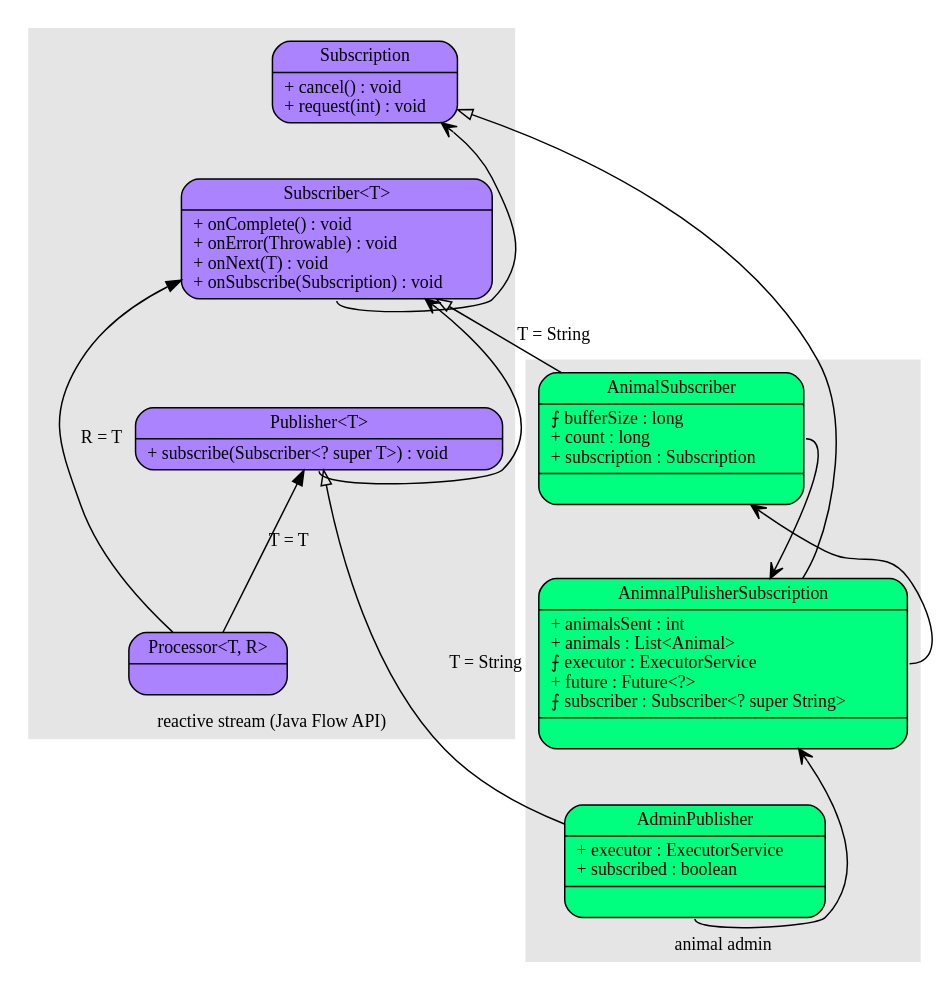
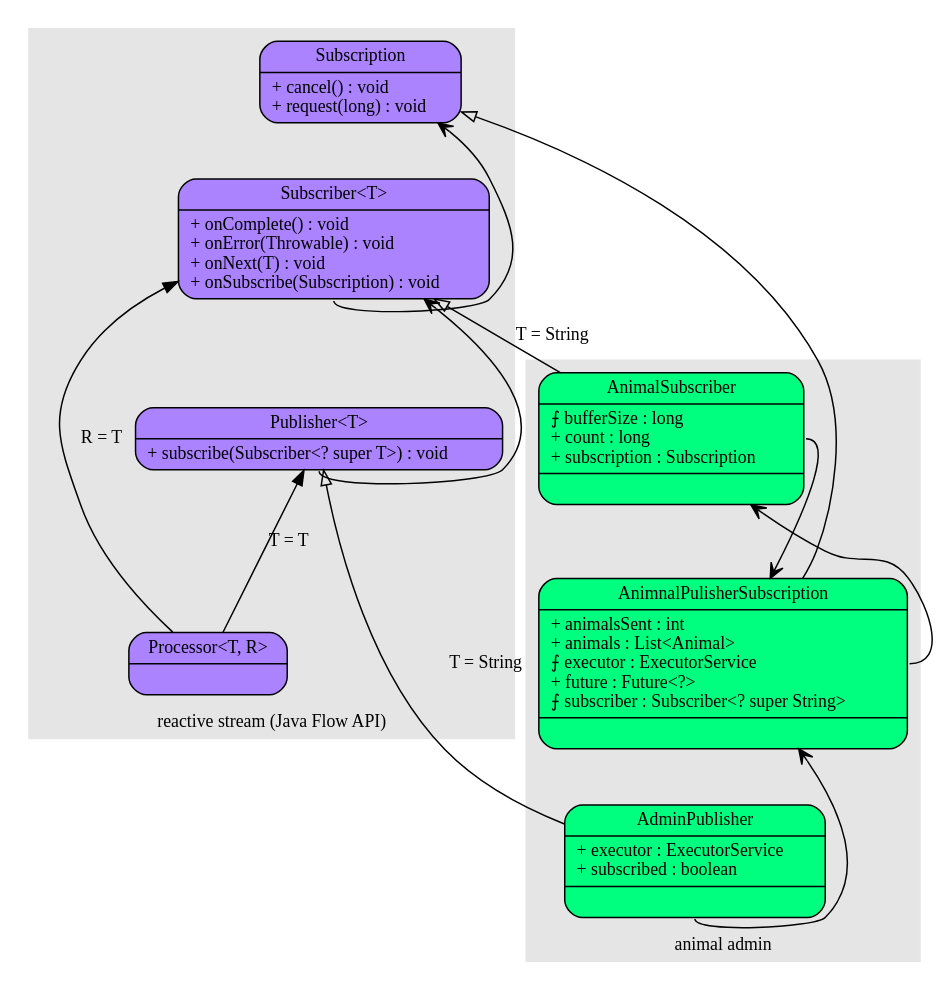
Before and after one commit to chris0103/spider-net: the diagram in reactive/flowapi.dot, drawn with Graphviz. The commit also changed 1 other file, not shown here.

```diff
--- a/reactive/flowapi.dot
+++ b/reactive/flowapi.dot
@@ -1,64 +1,64 @@
 digraph reactive {
 	rankdir = BT;
     fontname = "Verdana";
     fontsize = 12;
     node [fontname = "Verdana", fontsize = 12, shape = "record"];
     edge [fontname = "Verdana", fontsize = 12];
     
 	subgraph cluster25 {
 		label = "animal admin";
 		style = filled;
 		color = grey90;
 		AdminPublisher [label = "{<f0>AdminPublisher|<f1>+ executor : ExecutorService\l+ subscribed : boolean\l|<f2>}", style = "rounded, filled", fillcolor = "springgreen"];
 		AnimnalPulisherSubscription [label = "{<f0>AnimnalPulisherSubscription|<f1>+ animalsSent : int\l+ animals : List&lt;Animal&gt;\l&#10765; executor : ExecutorService\l+ future : Future&lt;?&gt;\l&#10765; subscriber : Subscriber&lt;? super String&gt;\l|<f2>}", style = "rounded, filled", fillcolor = "springgreen"];
 		AnimalSubscriber [label = "{<f0>AnimalSubscriber|<f1>&#10765; bufferSize : long\l+ count : long\l+ subscription : Subscription\l|<f2>}", style = "rounded, filled", fillcolor = "springgreen"];
 	}
 	
 	subgraph cluster50 {
 		label = "reactive stream (Java Flow API)";
 		style = filled;
 		color = grey90;
 		Processor [label = "{<f0>Processor&lt;T, R&gt;|}", style = "rounded, filled", fillcolor = "mediumpurple1"];
 		Publisher [label = "{<f0>Publisher&lt;T&gt;|<f2>+ subscribe(Subscriber&lt;? super T&gt;) : void\l}", style = "rounded, filled", fillcolor = "mediumpurple1"];
 		Subscriber [label = "{<f0>Subscriber&lt;T&gt;|<f2>+ onComplete() : void\l+ onError(Throwable) : void\l+ onNext(T) : void\l+ onSubscribe(Subscription) : void\l}", style = "rounded, filled", fillcolor = "mediumpurple1"];
-		Subscription [label = "{<f0>Subscription|<f2>+ cancel() : void\l+ request(int) : void\l}", style = "rounded, filled", fillcolor = "mediumpurple1"];
+		Subscription [label = "{<f0>Subscription|<f2>+ cancel() : void\l+ request(long) : void\l}", style = "rounded, filled", fillcolor = "mediumpurple1"];
 	}
 	
 	subgraph cluster75 {
 		label = "";
 		style = filled;
 		color = grey90;
 	}
 	
 	/*
 	subgraph cluster00 {
 		label = "";
 		style = filled;
 		color = grey90;
 	}
 	
 	// item_name [label = "item_lable", style = "filled", fillcolor = "palegreen"];
 	// record_name [shape = "record", label = "{{<f0>interface|{<f10>(other implementers)}}|(other methods)}"];
 	// interface_minor [shape = "plaintext", label = "Interface_minor"];
 	// interface [label = "{<f0>Interface|<f2>+ method() : return_type\l}", style = "rounded, filled", fillcolor = "mediumpurple1"];
 	// abstract_class [label = "{<f0>Abstract_Class|<f1>+ field1 : type\l+ field2 : type\l|<f2>&#170; abstract_method() : return_type\l&#537; static_method() : return_type\l+ method() : return_type\l}", style = "rounded, filled, dashed", fillcolor = "springgreen"];
 	// class [label = "{<f0>Class|<f1>+ field1 : type\l+ field2 : type\l&#10765; final_field : type\l&#537; static_field : type\l|<f2>+ method() : return_type\l&#537; static_method() : return_type\l&#186; overriden_method() : return_type\l}", style = "rounded, filled", fillcolor = "springgreen"];
 	*/
 	
 	// Implementation -> Interface [arrowhead = "empty"];
 	// Subclass -> Class;	
 	// Referer -> Referee [arrowhead = "vee"];
 	// Implementation -> InterfaceMinor [arrowhead = "odot"];	
 	
 	Processor -> Publisher [label = "T = T"];
 	Processor -> Subscriber [label = "R = T"];
 	Publisher:f2 -> Subscriber [arrowhead = "vee"];
 	Subscriber:f2 -> Subscription [arrowhead = "vee"];
 	
 	AdminPublisher -> Publisher [arrowhead = "empty", label = "T = String"];
 	AnimalSubscriber -> Subscriber [arrowhead = "empty", label = "T = String"];
 	AdminPublisher:f2 -> AnimnalPulisherSubscription [arrowhead = "vee"];
 	AnimnalPulisherSubscription -> Subscription [arrowhead = "empty"];
 	AnimnalPulisherSubscription:f1 -> AnimalSubscriber [arrowhead = "vee"];
 	AnimalSubscriber:f1 -> AnimnalPulisherSubscription [arrowhead = "vee"];
 }
```
